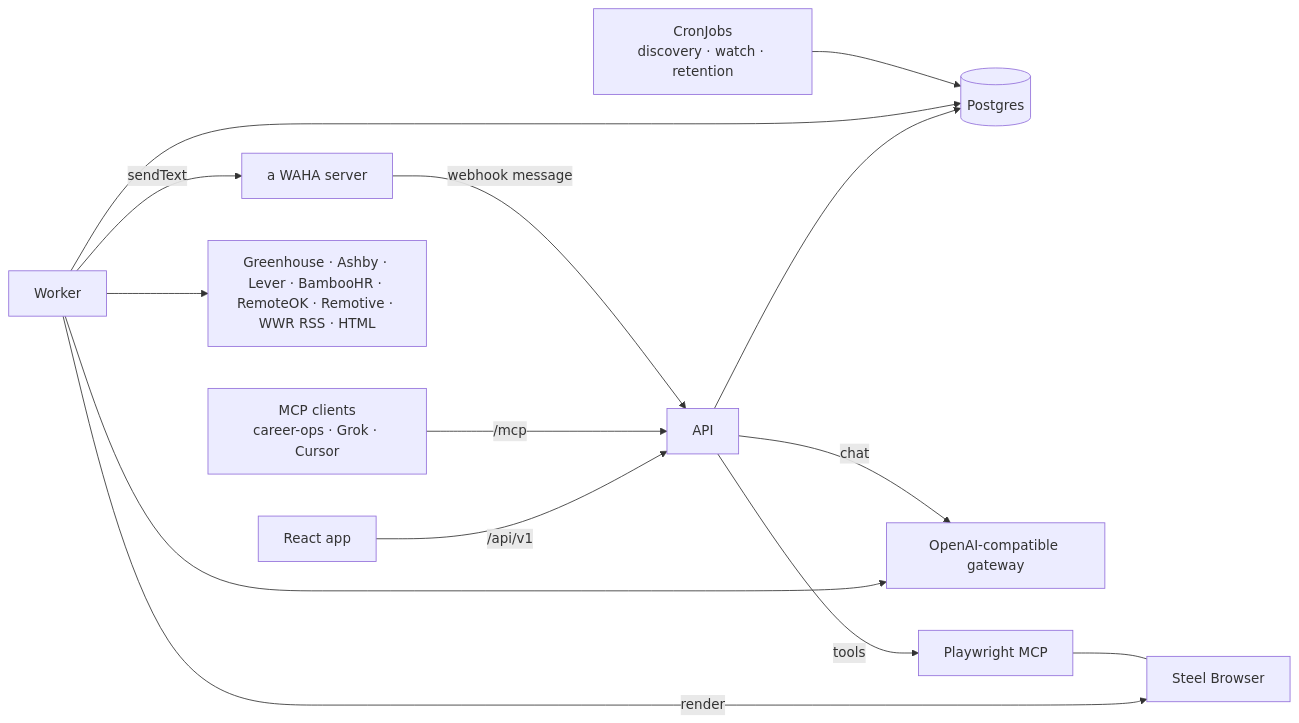
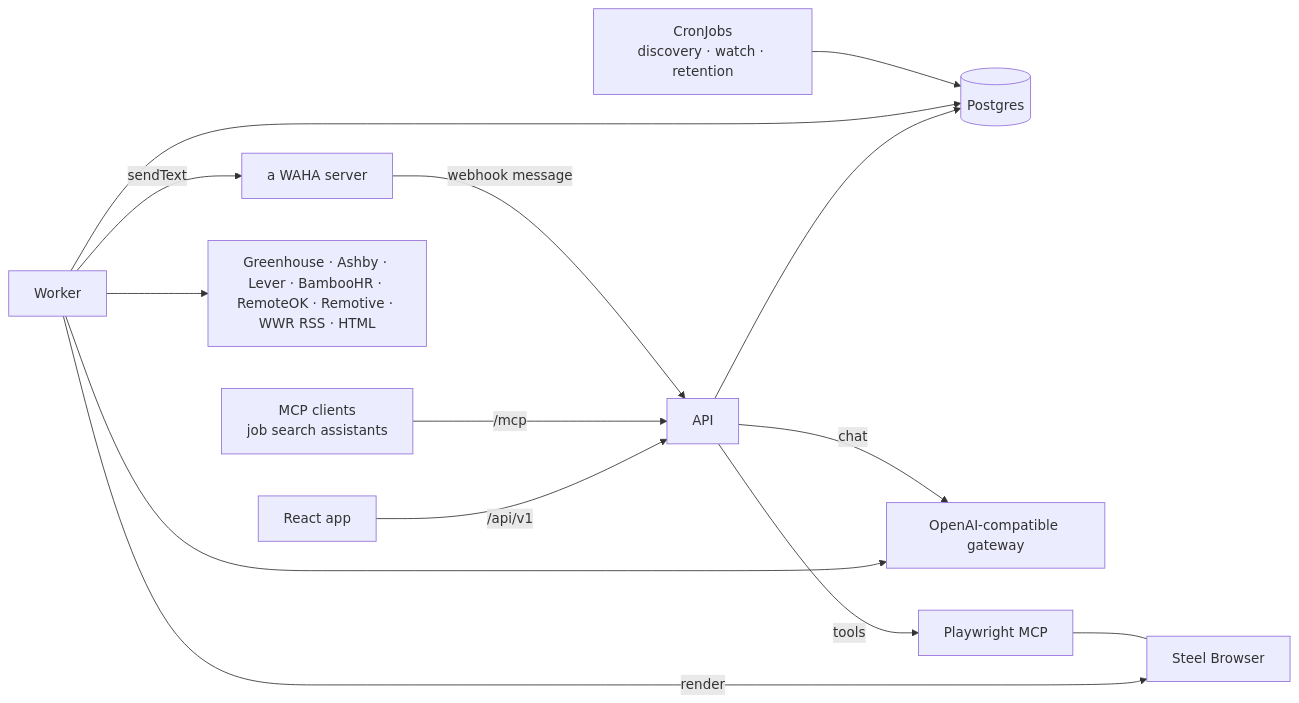
One commit to giovannirco/job-scout changed the first of 2 diagrams in docs/ARCHITECTURE.md. Above: the diagram before and after it, drawn with Mermaid. The commit also changed 37 other files, not shown here.

````diff
--- a/docs/ARCHITECTURE.md
+++ b/docs/ARCHITECTURE.md
@@ -5,16 +5,16 @@
 ```mermaid
 flowchart LR
   UI[React app] -->|/api/v1| API
-  Agents[MCP clients<br/>career-ops · Grok · Cursor] -->|/mcp| API
+  Agents[MCP clients<br/>job search assistants] -->|/mcp| API
   API --> PG[(Postgres)]
   Worker --> PG
   Worker --> ATS[Greenhouse · Ashby · Lever · BambooHR · RemoteOK · Remotive · WWR RSS · HTML]
   Worker --> LLM[OpenAI-compatible gateway]
   Worker -->|sendText| WAHA[a WAHA server]
   WAHA -->|webhook message| API
   API -->|chat| LLM
   API -->|tools| PMCP[Playwright MCP]
   Worker -->|render| Steel[Steel Browser]
   PMCP --- Steel
   Cron[CronJobs<br/>discovery · watch · retention] --> PG
 ```
````
